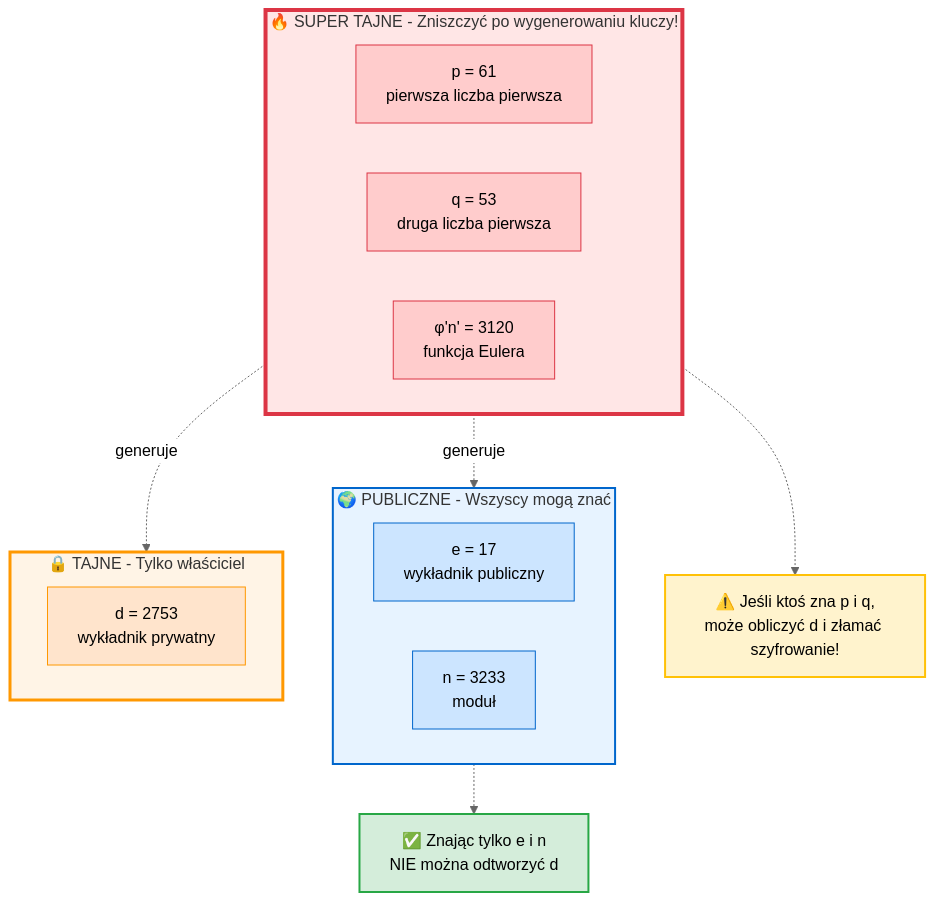
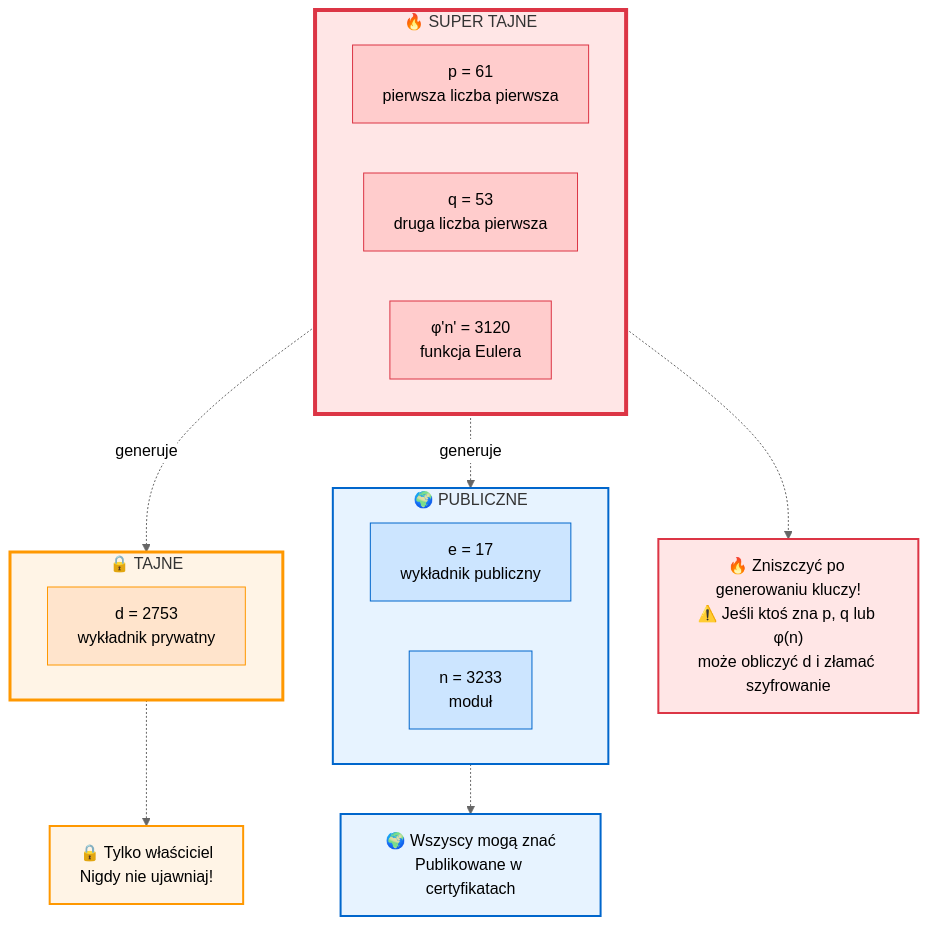
Before and after one commit to bgruszka/bgruszka.github.io: the second of 4 diagrams in site/content/rsa.md, drawn with Mermaid (neutral theme).

Commit message:
Refactor RSA flowchart notes for clarity and emphasis on key information

````diff
--- a/site/content/rsa.md
+++ b/site/content/rsa.md
@@ -291,39 +291,42 @@
 ```mermaid
 flowchart TB
-    subgraph PUBLIC["🌍 PUBLICZNE - Wszyscy mogą znać"]
+    subgraph PUBLIC["🌍 PUBLICZNE"]
         E[e = 17<br/>wykładnik publiczny]
         N[n = 3233<br/>moduł]
     end
 
-    subgraph SECRET["🔒 TAJNE - Tylko właściciel"]
+    subgraph SECRET["🔒 TAJNE"]
         D[d = 2753<br/>wykładnik prywatny]
     end
 
-    subgraph TOPSECRET["🔥 SUPER TAJNE - Zniszczyć po wygenerowaniu kluczy!"]
+    subgraph TOPSECRET["🔥 SUPER TAJNE"]
         P[p = 61<br/>pierwsza liczba pierwsza]
         Q[q = 53<br/>druga liczba pierwsza]
         PHI[φ'n' = 3120<br/>funkcja Eulera]
     end
 
     TOPSECRET -.->|generuje| SECRET
     TOPSECRET -.->|generuje| PUBLIC
 
-    Note1[⚠️ Jeśli ktoś zna p i q,<br/>może obliczyć d i złamać szyfrowanie!]
-    Note2[✅ Znając tylko e i n<br/>NIE można odtworzyć d]
+    Note1["🌍 Wszyscy mogą znać<br/>Publikowane w certyfikatach"]
+    Note2["🔒 Tylko właściciel<br/>Nigdy nie ujawniaj!"]
+    Note3["🔥 Zniszczyć po generowaniu kluczy!<br/>⚠️ Jeśli ktoś zna p, q lub φ(n)<br/>może obliczyć d i złamać szyfrowanie"]
 
-    TOPSECRET -.-> Note1
-    PUBLIC -.-> Note2
+    PUBLIC -.-> Note1
+    SECRET -.-> Note2
+    TOPSECRET -.-> Note3
 
     style PUBLIC fill:#e7f3ff,stroke:#0066cc,stroke-width:2px
     style SECRET fill:#fff4e6,stroke:#ff9800,stroke-width:3px
-    style TOPSECRET fill:#ffe6e6,stroke:#dc3545,stroke-width:4px
-    style Note1 fill:#fff3cd,stroke:#ffc107,stroke-width:2px
-    style Note2 fill:#d4edda,stroke:#28a745,stroke-width:2px
+    style TOPSECRET fill:#ffe6e6,stroke:#dc3545,stroke-width:4px,padding:20px,min-width:400px
+    style Note1 fill:#e7f3ff,stroke:#0066cc,stroke-width:2px
+    style Note2 fill:#fff4e6,stroke:#ff9800,stroke-width:2px
+    style Note3 fill:#ffe6e6,stroke:#dc3545,stroke-width:2px
 
     style E fill:#cce5ff,stroke:#0066cc
     style N fill:#cce5ff,stroke:#0066cc
     style D fill:#ffe4cc,stroke:#ff9800
     style P fill:#ffcccc,stroke:#dc3545
     style Q fill:#ffcccc,stroke:#dc3545
     style PHI fill:#ffcccc,stroke:#dc3545
 ```
````
